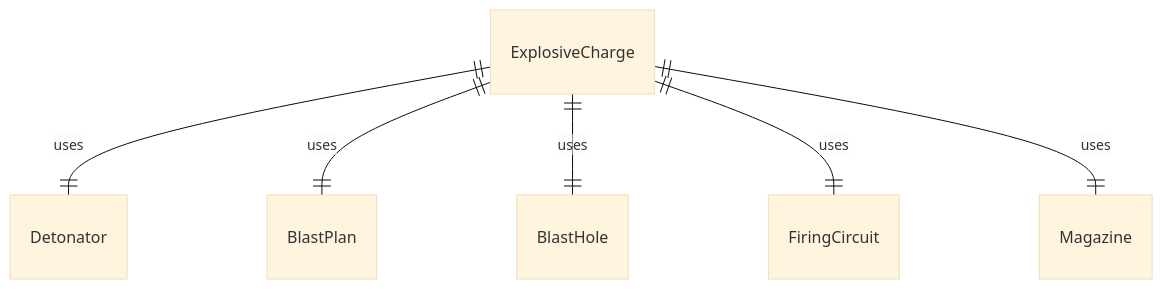
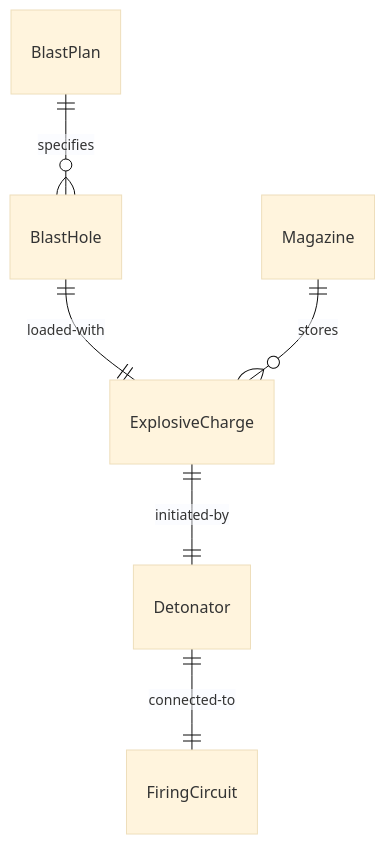
The first of 4 diagrams in HandlingAndMovingObjects/PrepareIndustrialMaterialsForProcessingOrUse/PrepareExplosivesDetonation.mdx (dot-org-ai/tasks.org.ai), drawn with Mermaid (base theme) before and after one commit. The commit also changed other lines of this file and 515 other files, not shown here.

````diff
--- a/HandlingAndMovingObjects/PrepareIndustrialMaterialsForProcessingOrUse/PrepareExplosivesDetonation.mdx
+++ b/HandlingAndMovingObjects/PrepareIndustrialMaterialsForProcessingOrUse/PrepareExplosivesDetonation.mdx
@@ -91,8 +91,8 @@
 ```mermaid
 erDiagram
-    ExplosiveCharge ||--|| Detonator : "uses"
-    ExplosiveCharge ||--|| BlastPlan : "uses"
-    ExplosiveCharge ||--|| BlastHole : "uses"
-    ExplosiveCharge ||--|| FiringCircuit : "uses"
-    ExplosiveCharge ||--|| Magazine : "uses"
+    BlastPlan ||--o{ BlastHole : "specifies"
+    BlastHole ||--|| ExplosiveCharge : "loaded-with"
+    ExplosiveCharge ||--|| Detonator : "initiated-by"
+    Detonator ||--|| FiringCircuit : "connected-to"
+    Magazine ||--o{ ExplosiveCharge : "stores"
 ```
````
